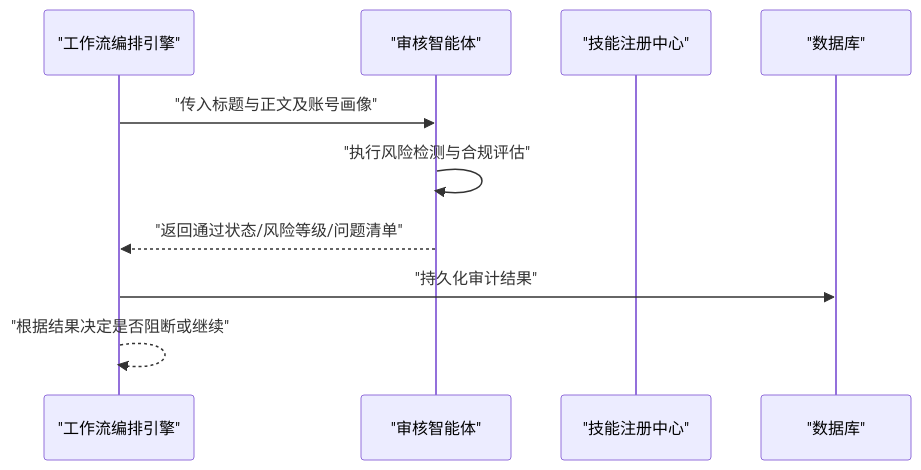
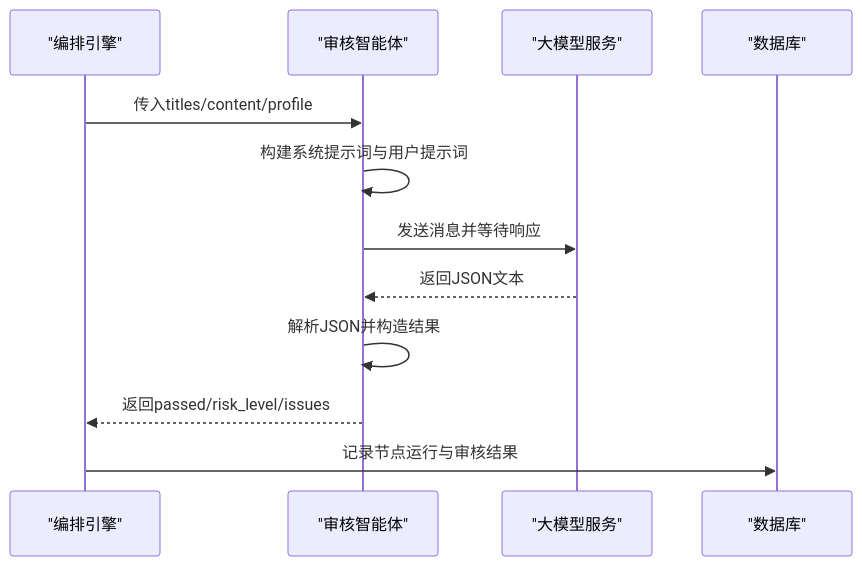
The third of 7 diagrams in .qoder/repowiki/zh/content/技能系统/内置技能实现/风险检测技能.md (sansansansansan2022-web/hotclaw), drawn with Mermaid before and after one commit. The commit also changed other lines of this file and 288 other files, not shown here.

````diff
--- a/.qoder/repowiki/zh/content/技能系统/内置技能实现/风险检测技能.md
+++ b/.qoder/repowiki/zh/content/技能系统/内置技能实现/风险检测技能.md
@@ -89,12 +159,14 @@
 ```mermaid
 sequenceDiagram
-participant WF as "工作流编排引擎"
-participant AUD as "审核智能体"
-participant REG as "技能注册中心"
+participant Orchestrator as "编排引擎"
+participant Audit as "审核智能体"
+participant LLM as "大模型服务"
 participant DB as "数据库"
-WF->>AUD : "传入标题与正文及账号画像"
-AUD->>AUD : "执行风险检测与合规评估"
-AUD-->>WF : "返回通过状态/风险等级/问题清单"
-WF->>DB : "持久化审计结果"
-WF-->>WF : "根据结果决定是否阻断或继续"
+Orchestrator->>Audit : 传入titles/content/profile
+Audit->>Audit : 构建系统提示词与用户提示词
+Audit->>LLM : 发送消息并等待响应
+LLM-->>Audit : 返回JSON文本
+Audit->>Audit : 解析JSON并构造结果
+Audit-->>Orchestrator : 返回passed/risk_level/issues
+Orchestrator->>DB : 记录节点运行与审核结果
 ```
````
